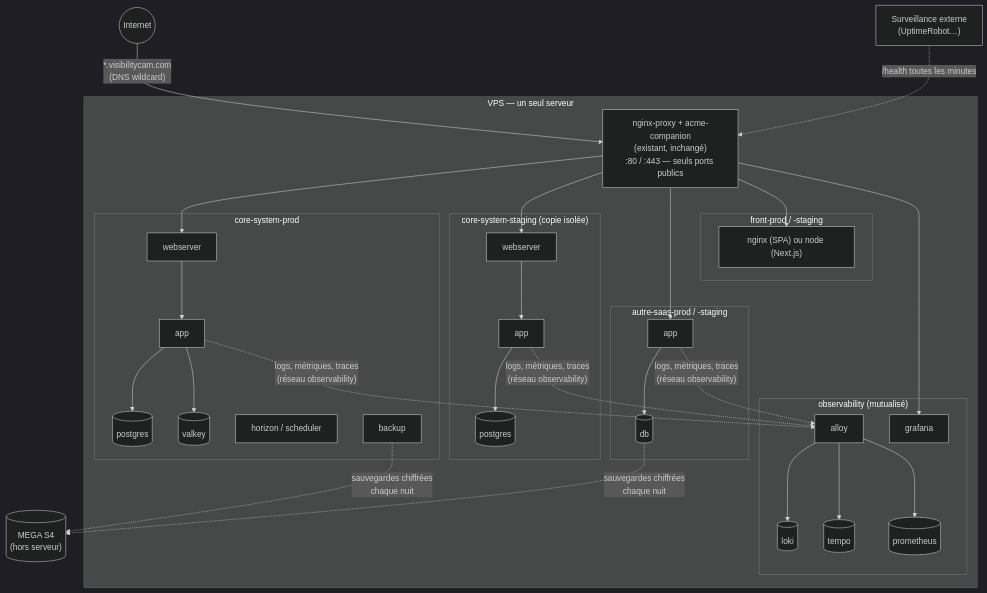
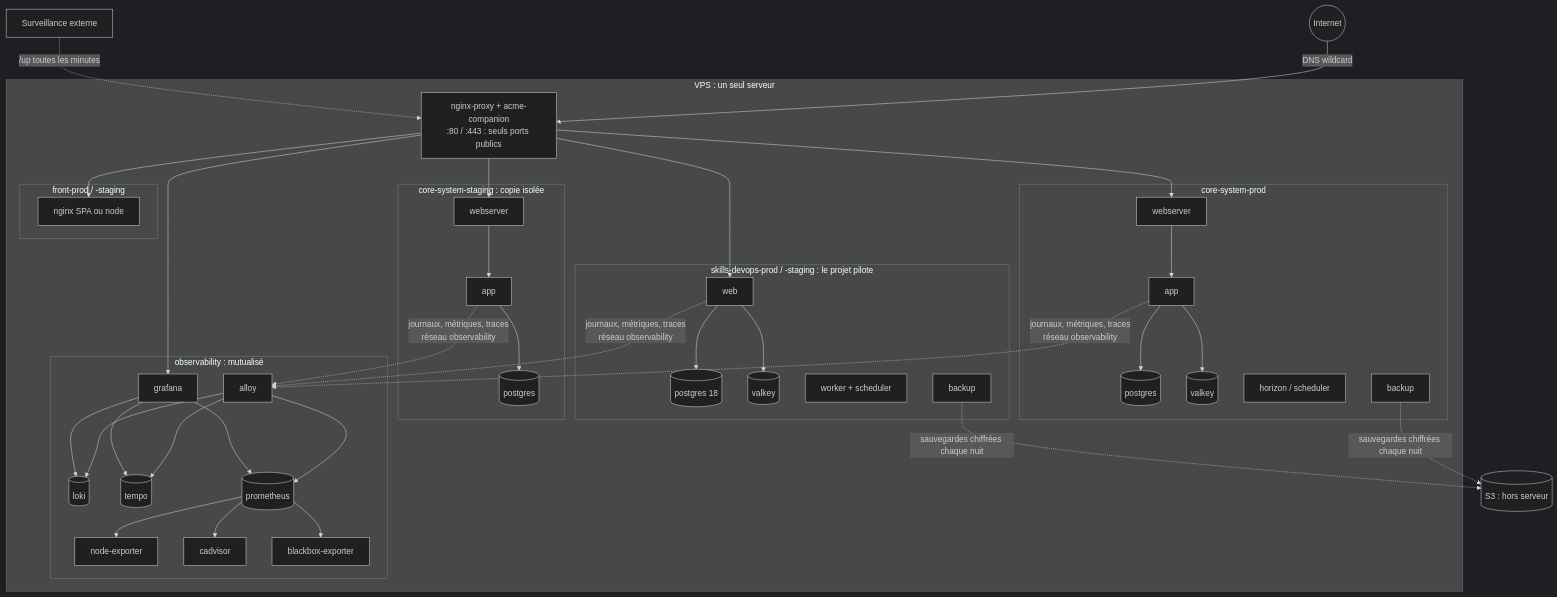
Before and after one commit to wilfreidlando/vcam-infra-deploy: the second of 3 diagrams in docs/reference/architecture-du-serveur.md, drawn with Mermaid (dark theme). The commit also changed other lines of this file and 1 other file, not shown here.

First line of the commit message:
docs(architecture) : trois niveaux de lecture, schéma des trois réseaux d'un conteneur web, supervision complète, alertes

````diff
--- a/docs/reference/architecture-du-serveur.md
+++ b/docs/reference/architecture-du-serveur.md
@@ -7,36 +62,41 @@
 ```mermaid
 graph TB
-    Internet((Internet)) -->|"*.visibilitycam.com<br/>(DNS wildcard)"| NP
+    Internet(("Internet")) -->|"DNS wildcard"| NP
 
-    subgraph VPS["VPS — un seul serveur"]
-        NP["nginx-proxy + acme-companion<br/>(existant, inchangé)<br/>:80 / :443 — seuls ports publics"]
+    subgraph VPS["VPS : un seul serveur"]
+        NP["nginx-proxy + acme-companion<br/>:80 / :443 : seuls ports publics"]
 
         subgraph CoreProd["core-system-prod"]
             CPW["webserver"] --> CPA["app"]
             CPA --> CPDB[("postgres")]
             CPA --> CPR[("valkey")]
             CPH["horizon / scheduler"]
             CPB["backup"]
         end
-        subgraph CoreStg["core-system-staging (copie isolée)"]
+        subgraph CoreStg["core-system-staging : copie isolée"]
             CSW["webserver"] --> CSA["app"]
             CSA --> CSDB[("postgres")]
         end
-        subgraph Saas["autre-saas-prod / -staging"]
-            SA["app"] --> SDB[("db")]
+        subgraph Pilote["skills-devops-prod / -staging : le projet pilote"]
+            PW["web"] --> PDB[("postgres 18")]
+            PW --> PR[("valkey")]
+            PWK["worker + scheduler"]
+            PB["backup"]
         end
         subgraph Front["front-prod / -staging"]
-            FA["nginx (SPA) ou node (Next.js)"]
+            FA["nginx SPA ou node"]
         end
-        subgraph OBS["observability (mutualisé)"]
-            Alloy["alloy"] --> Loki[("loki")] & Tempo[("tempo")] & Prom[("prometheus")]
-            Graf["grafana"]
+        subgraph OBS["observability : mutualisé"]
+            Alloy["alloy"] --> Loki[("loki")] & Tempo[("tempo")]
+            Alloy --> Prom[("prometheus")]
+            Prom --> NodeE["node-exporter"] & CAd["cadvisor"] & BB["blackbox-exporter"]
+            Graf["grafana"] --> Loki & Prom & Tempo
         end
 
-        NP --> CPW & CSW & SA & FA & Graf
-        CPA & CSA & SA -. "logs, métriques, traces<br/>(réseau observability)" .-> Alloy
+        NP --> CPW & CSW & PW & FA & Graf
+        CPA & CSA & PW -. "journaux, métriques, traces<br/>réseau observability" .-> Alloy
     end
 
-    CPB & SDB -. "sauvegardes chiffrées<br/>chaque nuit" .-> S3[("MEGA S4<br/>(hors serveur)")]
-    Uptime["Surveillance externe<br/>(UptimeRobot…)"] -. "/health toutes les minutes" .-> NP
+    CPB & PB -. "sauvegardes chiffrées chaque nuit" .-> S3[("S3 : hors serveur")]
+    Uptime["Surveillance externe"] -. "/up toutes les minutes" .-> NP
 ```
````
